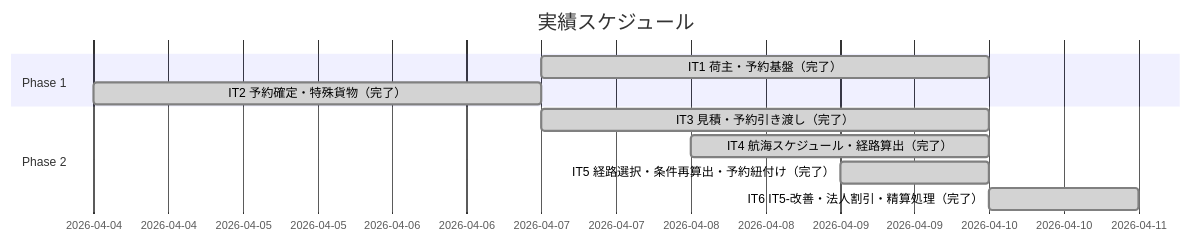
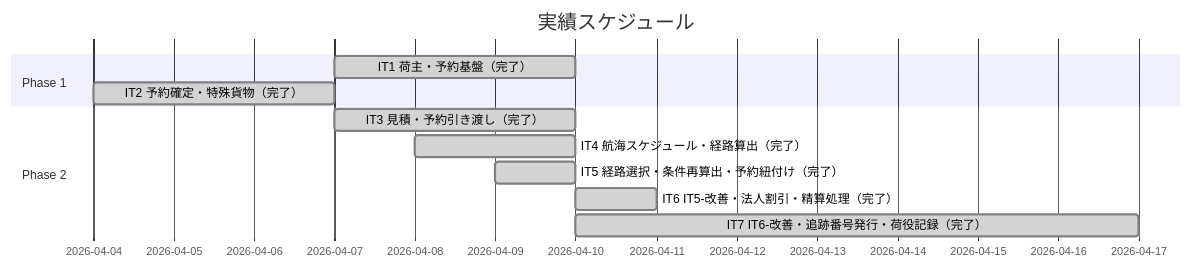
One commit to k2works/case-study-cargo-tracker changed the second of 3 diagrams in docs/development/release_plan.md. Above: the diagram before and after it, drawn with Mermaid. The commit also changed other lines of this file and 4 other files, not shown here.

````diff
--- a/docs/development/release_plan.md
+++ b/docs/development/release_plan.md
@@ -159,13 +159,14 @@
 ```mermaid
 gantt
     title 実績スケジュール
     dateFormat  YYYY-MM-DD
     section Phase 1
     IT1 荷主・予約基盤（完了）         :done, a1, 2026-04-07, 3d
     IT2 予約確定・特殊貨物（完了）     :done, a2, 2026-04-04, 3d
     section Phase 2
     IT3 見積・予約引き渡し（完了）     :done, a3, 2026-04-07, 3d
     IT4 航海スケジュール・経路算出（完了） :done, a4, 2026-04-08, 2d
     IT5 経路選択・条件再算出・予約紐付け（完了） :done, a5, 2026-04-09, 1d
     IT6 IT5-改善・法人割引・精算処理（完了） :done, a6, 2026-04-10, 1d
+    IT7 IT6-改善・追跡番号発行・荷役記録（完了） :done, a7, 2026-04-10, 7d
 ```
````
